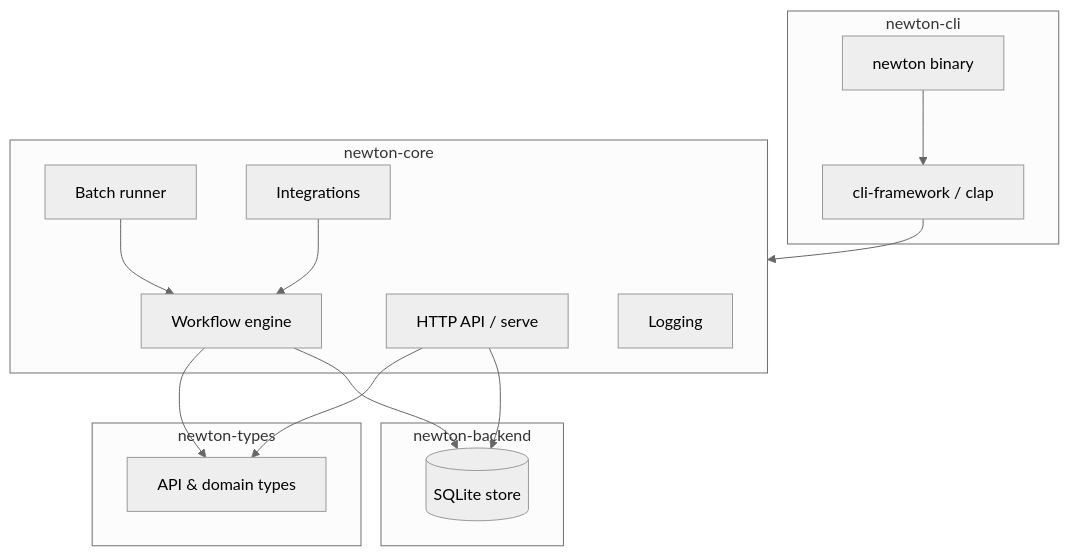
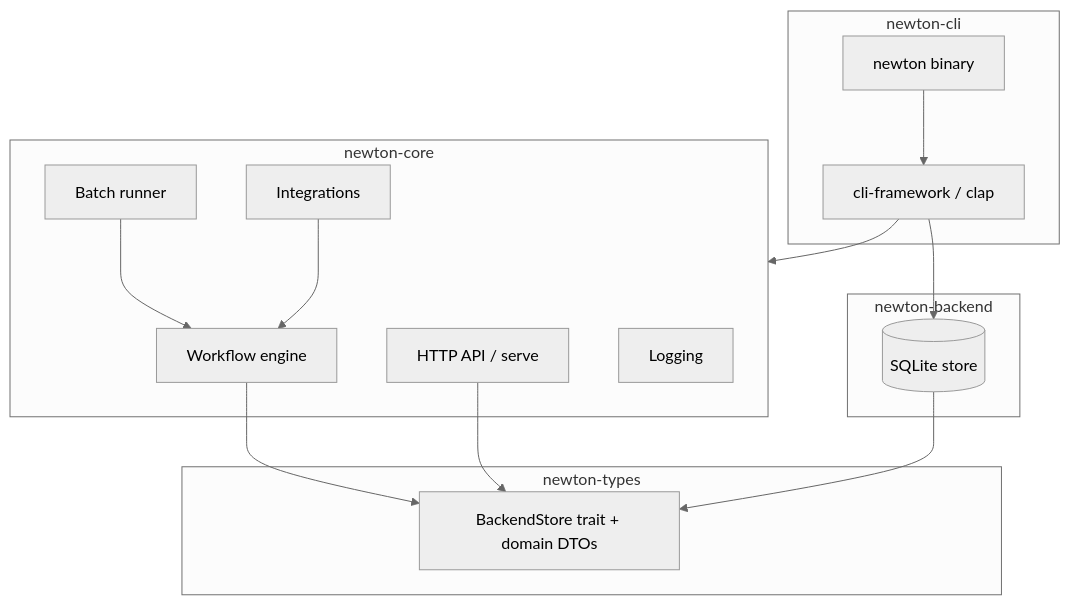
The first of 2 diagrams in architecture.md (gonewton/newton), drawn with Mermaid (neutral theme) before and after one commit. The commit also changed other lines of this file and 88 other files, not shown here.

First line of the commit message:
fix: tranche 2 audit remediation — contract honesty & schema parity (spec 074) (#493)

````diff
--- a/architecture.md
+++ b/architecture.md
@@ -9,32 +9,32 @@
 ```mermaid
 flowchart TB
     subgraph CLI["newton-cli"]
         BIN[newton binary]
         FW[cli-framework / clap]
     end
 
     subgraph Core["newton-core"]
         WF[Workflow engine]
         BATCH[Batch runner]
         API[HTTP API / serve]
         INT[Integrations]
         LOG[Logging]
     end
 
     subgraph Storage["newton-backend"]
         SQL[(SQLite store)]
     end
 
     subgraph Shared["newton-types"]
-        TYPES[API & domain types]
+        TYPES[BackendStore trait + domain DTOs]
     end
 
     BIN --> FW
     FW --> Core
+    FW --> SQL
     WF --> TYPES
     API --> TYPES
-    API --> SQL
+    SQL --> TYPES
     BATCH --> WF
     INT --> WF
-    WF --> SQL
 ```
````
